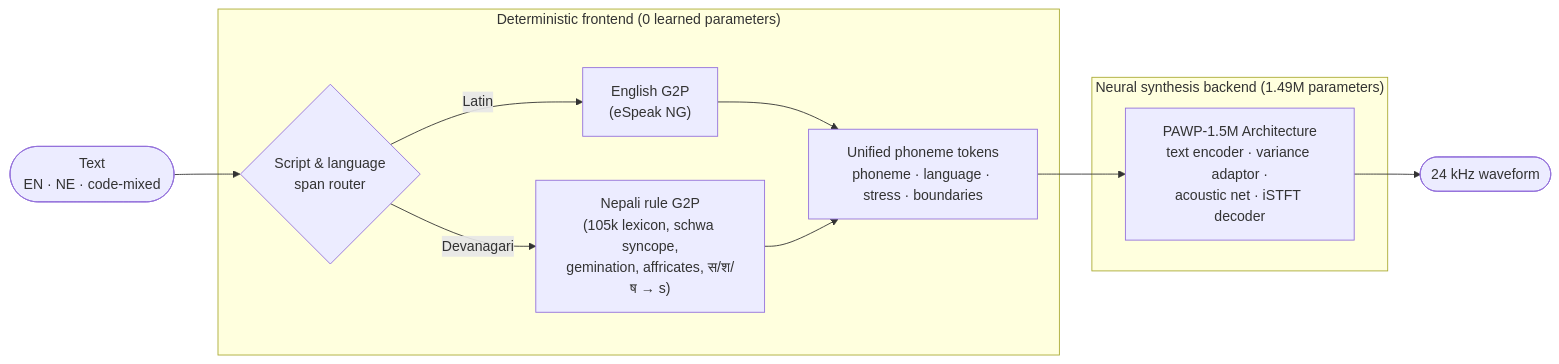
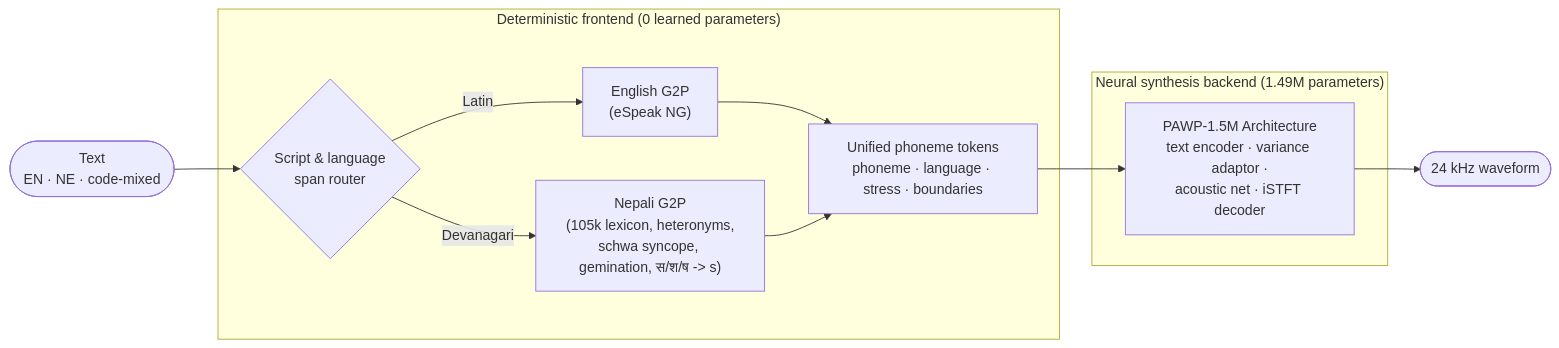
One commit to Firojpaudel/PAWP_TTS changed the diagram in README.md. Above: the diagram before and after it, drawn with Mermaid. The commit also changed other lines of this file, not shown here.

````diff
--- a/README.md
+++ b/README.md
@@ -73,22 +82,22 @@
 ```mermaid
 flowchart LR
     T(["Text<br/>EN · NE · code-mixed"])
 
     subgraph FRONTEND ["Deterministic frontend (0 learned parameters)"]
         R{"Script & language<br/>span router"}
         R -->|Latin| EN["English G2P<br/>(eSpeak NG)"]
-        R -->|Devanagari| NE["Nepali rule G2P<br/>(105k lexicon, schwa syncope,<br/>gemination, affricates, स/श/ष → s)"]
+        R -->|Devanagari| NE["Nepali G2P<br/>(105k lexicon, heteronyms,<br/>schwa syncope, gemination, स/श/ष -> s)"]
         EN --> U["Unified phoneme tokens<br/>phoneme · language · stress · boundaries"]
         NE --> U
     end
 
     subgraph BACKEND ["Neural synthesis backend (1.49M parameters)"]
         M["PAWP-1.5M Architecture<br/>text encoder · variance adaptor ·<br/>acoustic net · iSTFT decoder"]
     end
 
     W(["24 kHz waveform"])
 
     T --> R
     U --> M
     M --> W
 ```
````
